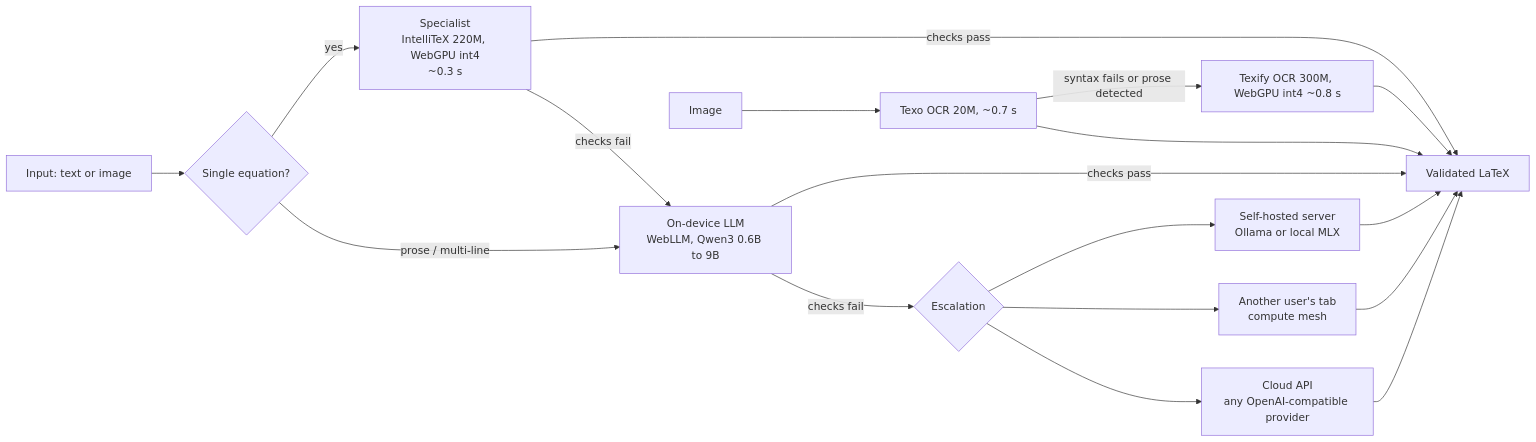
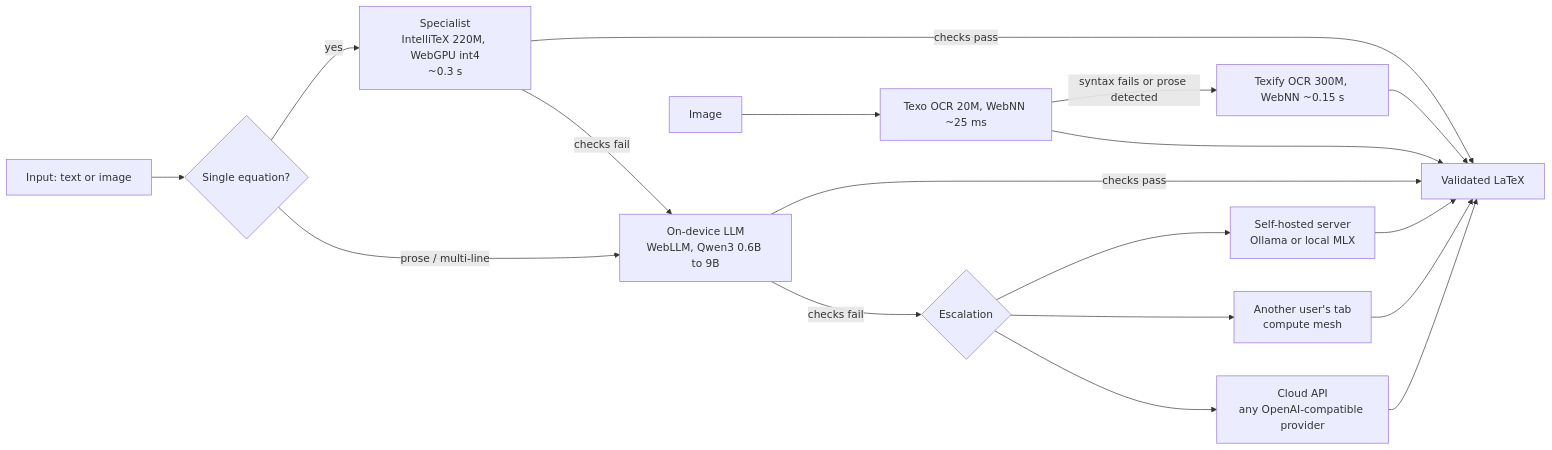
Before and after one commit to OlehZhyhinas/LatexGen: the diagram in docs/architecture.md, drawn with Mermaid. The commit also changed other lines of this file and 19 other files, not shown here.

Commit message:
Texify through the graph catalog's WebNN recipes: 0.81 s to ~146 ms per image, identical output

````diff
--- a/docs/architecture.md
+++ b/docs/architecture.md
@@ -5,16 +5,16 @@
 ```mermaid
 flowchart LR
     A[Input: text or image] --> B{Single equation?}
     B -- yes --> C[Specialist<br/>IntelliTeX 220M, WebGPU int4<br/>~0.3 s]
     B -- prose / multi-line --> D
     C -- checks pass --> Z[Validated LaTeX]
     C -- checks fail --> D[On-device LLM<br/>WebLLM, Qwen3 0.6B to 9B]
     D -- checks pass --> Z
     D -- checks fail --> E{Escalation}
     E --> F[Self-hosted server<br/>Ollama or local MLX]
     E --> G[Another user's tab<br/>compute mesh]
     E --> H[Cloud API<br/>any OpenAI-compatible provider]
     F & G & H --> Z
-    A2[Image] --> I[Texo OCR 20M, ~0.7 s] -- syntax fails or prose detected --> J[Texify OCR 300M, WebGPU int4 ~0.8 s]
+    A2[Image] --> I[Texo OCR 20M, WebNN ~25 ms] -- syntax fails or prose detected --> J[Texify OCR 300M, WebNN ~0.15 s]
     I & J --> Z
 ```
````
